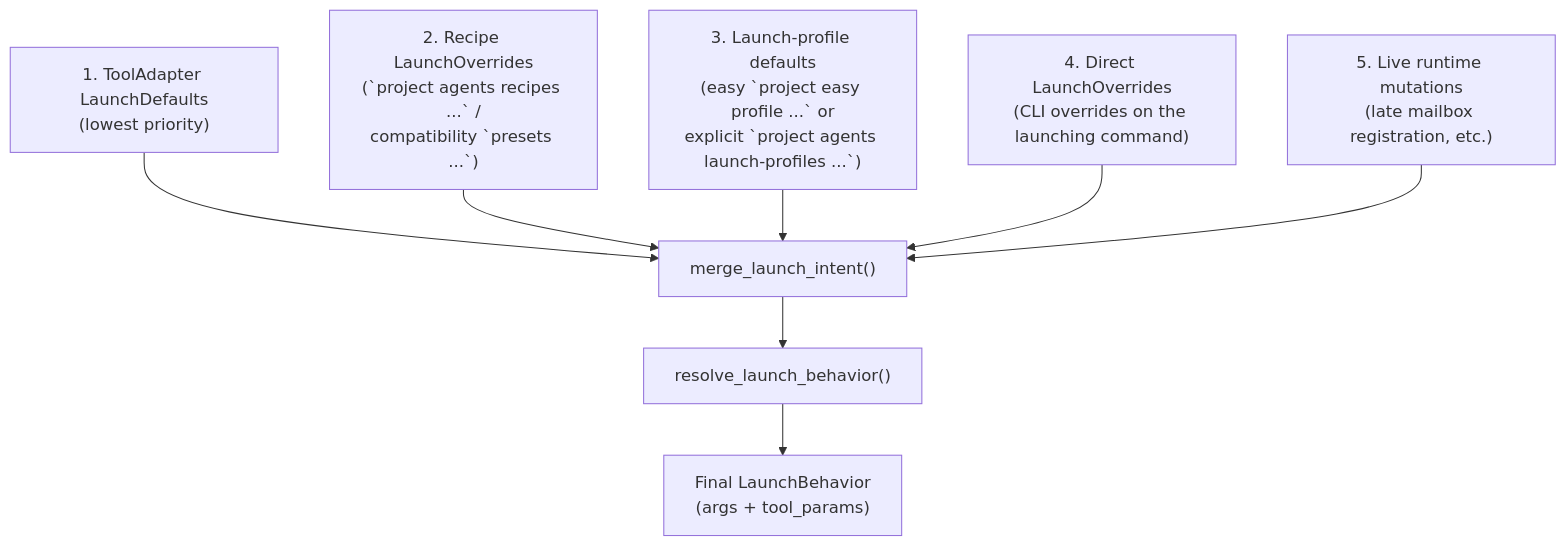
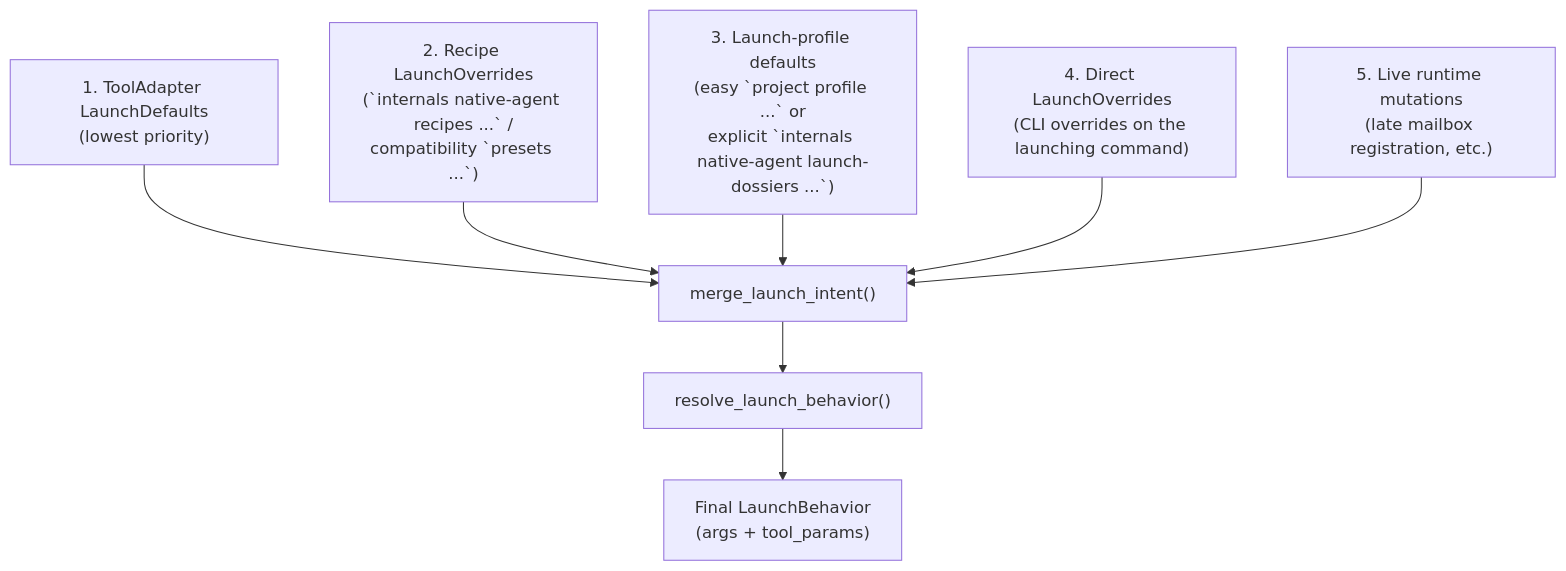
One commit to igamenovoer/houmao changed the diagram in docs/reference/build-phase/launch-overrides.md. Above: the diagram before and after it, drawn with Mermaid. The commit also changed 202 other files, not shown here.

Commit message:
feat: consolidate project native-agent CLI

````diff
--- a/docs/reference/build-phase/launch-overrides.md
+++ b/docs/reference/build-phase/launch-overrides.md
@@ -11,19 +11,19 @@
 ```mermaid
 flowchart TD
     A["1. ToolAdapter LaunchDefaults<br/>(lowest priority)"]
-    B["2. Recipe LaunchOverrides<br/>(`project agents recipes ...` /<br/>compatibility `presets ...`)"]
-    C["3. Launch-profile defaults<br/>(easy `project easy profile ...` or<br/>explicit `project agents launch-profiles ...`)"]
+    B["2. Recipe LaunchOverrides<br/>(`internals native-agent recipes ...` /<br/>compatibility `presets ...`)"]
+    C["3. Launch-profile defaults<br/>(easy `project profile ...` or<br/>explicit `internals native-agent launch-dossiers ...`)"]
     D["4. Direct LaunchOverrides<br/>(CLI overrides on the launching command)"]
     E["5. Live runtime mutations<br/>(late mailbox registration, etc.)"]
     M["merge_launch_intent()"]
     R["resolve_launch_behavior()"]
     F["Final LaunchBehavior<br/>(args + tool_params)"]
 
     A --> M
     B --> M
     C --> M
     D --> M
     E --> M
     M --> R
     R --> F
 ```
````
